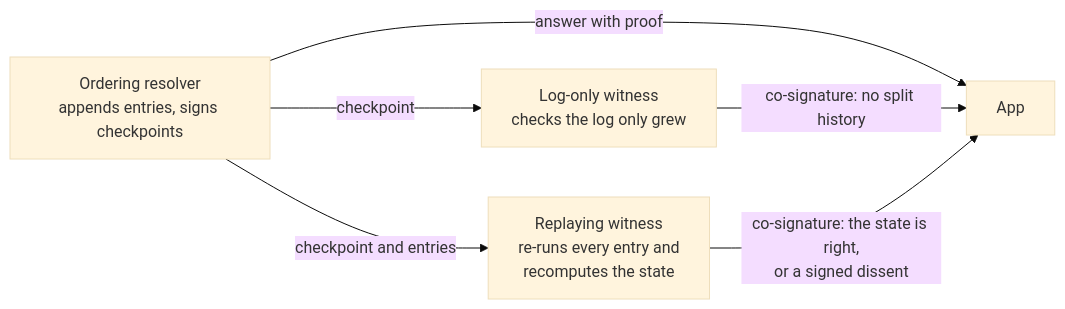
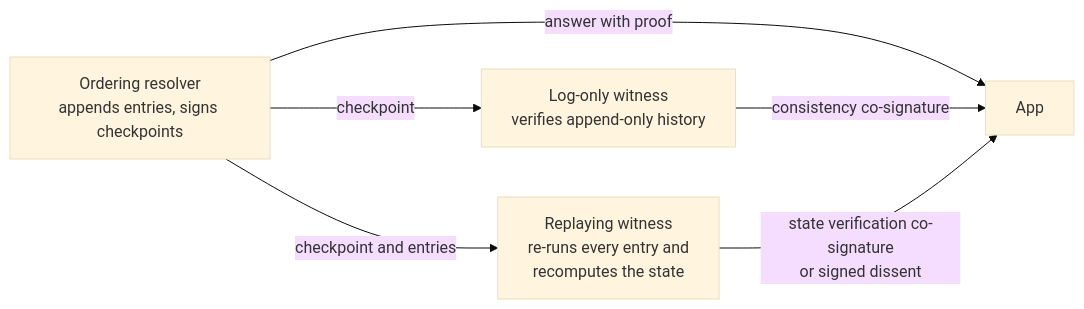
One commit to Gua-ra/gua-resolver changed the second of 2 diagrams in docs/architecture/planned-federation-work.md. Above: the diagram before and after it, drawn with Mermaid (base theme). The commit also changed other lines of this file and 2 other files, not shown here.

````diff
--- a/docs/architecture/planned-federation-work.md
+++ b/docs/architecture/planned-federation-work.md
@@ -68,12 +68,12 @@
 ```mermaid
 flowchart LR
     R["Ordering resolver<br/>appends entries, signs checkpoints"]
-    L["Log-only witness<br/>checks the log only grew"]
+    L["Log-only witness<br/>verifies append-only history"]
     P["Replaying witness<br/>re-runs every entry and<br/>recomputes the state"]
     A["App"]
     R -- "checkpoint" --> L
     R -- "checkpoint and entries" --> P
     R -- "answer with proof" --> A
-    L -- "co-signature: no split history" --> A
-    P -- "co-signature: the state is right,<br/>or a signed dissent" --> A
+    L -- "consistency co-signature" --> A
+    P -- "state verification co-signature<br/>or signed dissent" --> A
 ```
````
